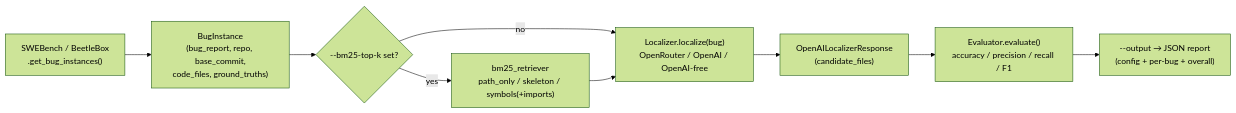
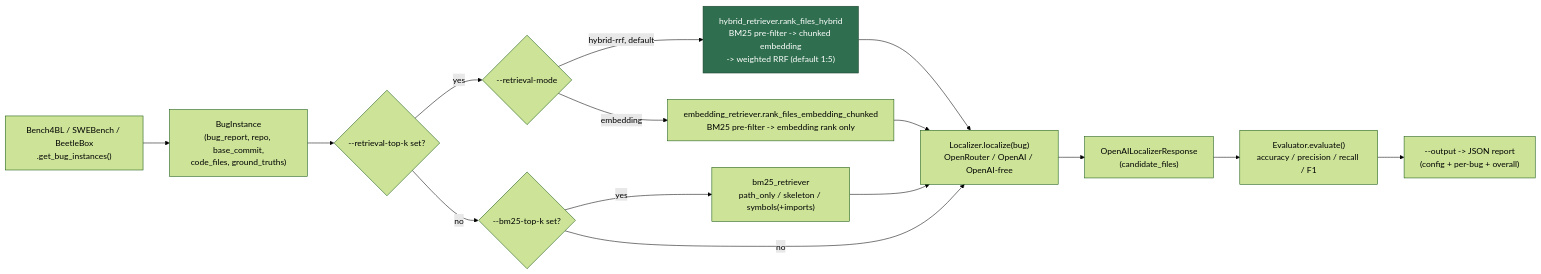
One commit to epayaslii/bug-localization changed the third of 5 diagrams in docs/architecture.md. Above: the diagram before and after it, drawn with Mermaid (forest theme). The commit also changed other lines of this file and 1 other file, not shown here.

First line of the commit message:
Rewrite architecture.md diagrams and fix stale main.py defaults/docs after the merge

````diff
--- a/docs/architecture.md
+++ b/docs/architecture.md
@@ -118,11 +133,19 @@
 ```mermaid
 flowchart LR
-    A["SWEBench / BeetleBox\n.get_bug_instances()"] --> B["BugInstance\n(bug_report, repo, base_commit,\ncode_files, ground_truths)"]
-    B --> C{"--bm25-top-k set?"}
-    C -->|no| E
-    C -->|yes| D["bm25_retriever\npath_only / skeleton / symbols(+imports)"]
-    D --> E["Localizer.localize(bug)\nOpenRouter / OpenAI / OpenAI-free"]
+    A["Bench4BL / SWEBench / BeetleBox\n.get_bug_instances()"] --> B["BugInstance\n(bug_report, repo, base_commit,\ncode_files, ground_truths)"]
+    B --> C{"--retrieval-top-k set?"}
+    C -->|yes| D{"--retrieval-mode"}
+    D -->|hybrid-rrf, default| D1["hybrid_retriever.rank_files_hybrid\nBM25 pre-filter -> chunked embedding\n-> weighted RRF (default 1:5)"]
+    D -->|embedding| D2["embedding_retriever.rank_files_embedding_chunked\nBM25 pre-filter -> embedding rank only"]
+    C -->|no| E2{"--bm25-top-k set?"}
+    E2 -->|yes| D3["bm25_retriever\npath_only / skeleton / symbols(+imports)"]
+    E2 -->|no| E
+    D1 --> E["Localizer.localize(bug)\nOpenRouter / OpenAI / OpenAI-free"]
+    D2 --> E
+    D3 --> E
     E --> F["OpenAILocalizerResponse\n(candidate_files)"]
     F --> G["Evaluator.evaluate()\naccuracy / precision / recall / F1"]
-    G --> H["--output → JSON report\n(config + per-bug + overall)"]
+    G --> H["--output -> JSON report\n(config + per-bug + overall)"]
+
+    style D1 fill:#2f6f4f,stroke:#1a3f2c,color:#fff
 ```
````
